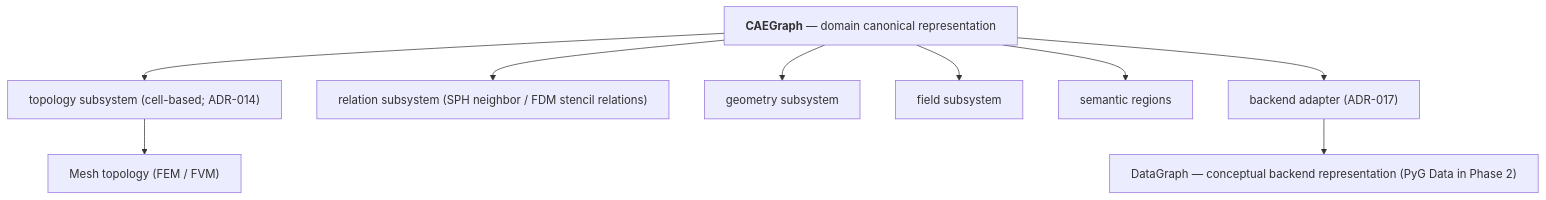
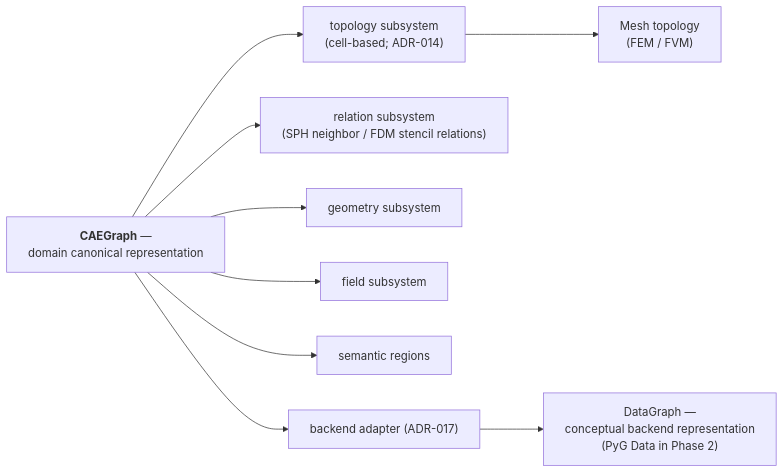
One commit to XYChouMian/caegraph changed the diagram in docs/docs/architecture/overview.en.md. Above: the diagram before and after it, drawn with Mermaid. The commit also changed 2 other files, not shown here.

Commit message:
docs(architecture): wrap long mermaid labels and sync hierarchy diagrams

````diff
--- a/docs/docs/architecture/overview.en.md
+++ b/docs/docs/architecture/overview.en.md
@@ -35,14 +35,14 @@
 ```mermaid
-flowchart TD
-    C["<b>CAEGraph</b> — domain canonical representation"]
-    C --> T["topology subsystem (cell-based; ADR-014)"]
-    T --> M["Mesh topology (FEM / FVM)"]
-    C --> R["relation subsystem (SPH neighbor / FDM stencil relations)"]
+flowchart LR
+    C["<b>CAEGraph</b> —<br>domain canonical representation"]
+    C --> T["topology subsystem<br>(cell-based; ADR-014)"]
+    T --> M["Mesh topology<br>(FEM / FVM)"]
+    C --> R["relation subsystem<br>(SPH neighbor / FDM stencil relations)"]
     C --> G["geometry subsystem"]
     C --> F["field subsystem"]
     C --> RG["semantic regions"]
     C --> A["backend adapter (ADR-017)"]
-    A --> DG["DataGraph — conceptual backend representation (PyG Data in Phase 2)"]
+    A --> DG["DataGraph —<br>conceptual backend representation<br>(PyG Data in Phase 2)"]
     classDef nowrap white-space:nowrap
     class C,T,M,R,G,F,RG,A,DG nowrap
 ```
````
